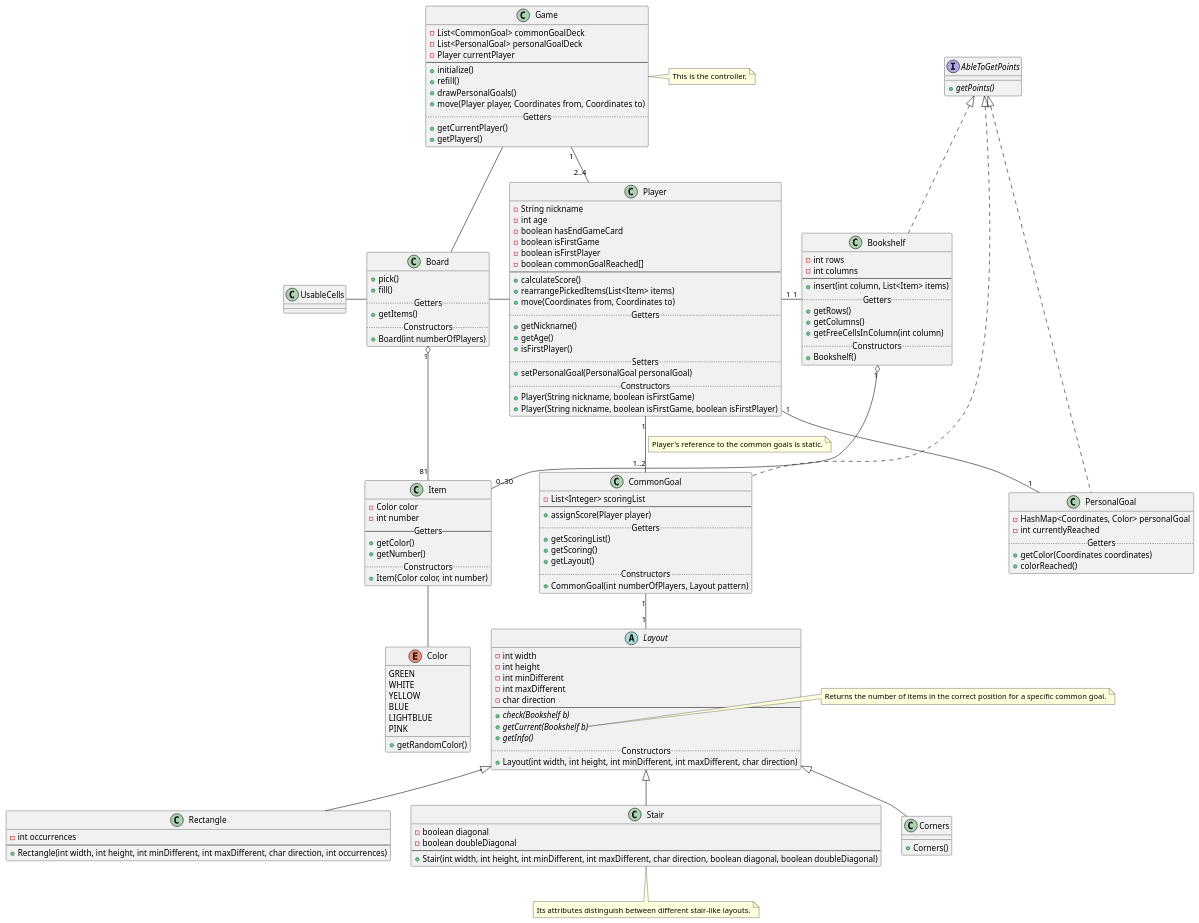
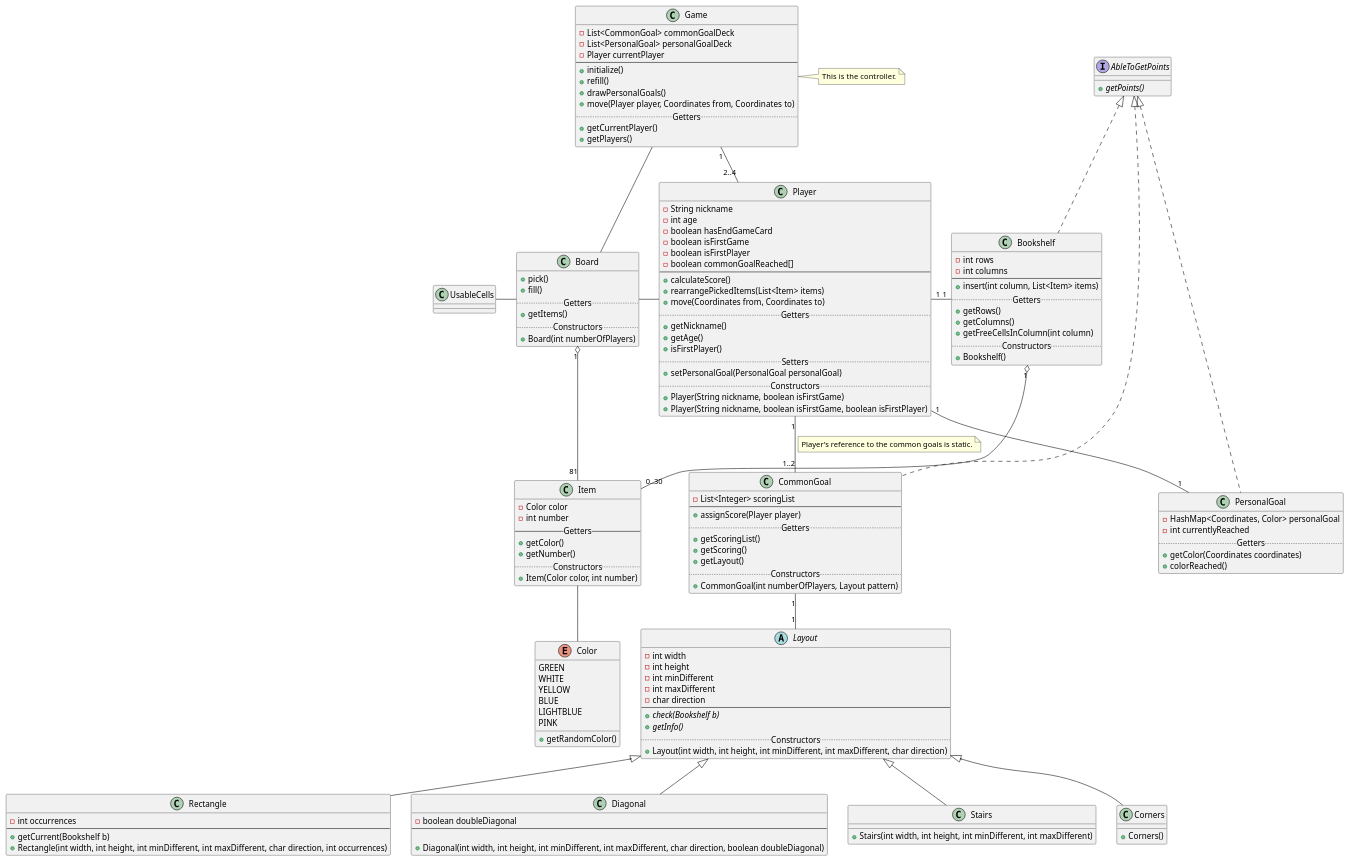
The diagram in docs/Initial class diagram.puml (dltmtt/IS23-AM13), drawn with PlantUML before and after one commit. The commit also changed 7 other files, not shown here.

First line of the commit message:
updated uml, introduced and implemented diagonal

```diff
--- a/docs/Initial class diagram.puml
+++ b/docs/Initial class diagram.puml
@@ -1,168 +1,171 @@
 @startuml
 'https://plantuml.com/class-diagram
 'https://plantuml.com/commons
 
 Game -- Board
 Game "1" -- "2..4" Player
 Board - Player
 Board -left UsableCells
 Player "1" - "1" Bookshelf
 Player "1" -- "1" PersonalGoal
 Player "1" -- "1..2" CommonGoal
 note on link
     Player's reference to the common goals is static.
 end note
 CommonGoal "1" -- "1" Layout
 Item -- Color
 Board "1" o-- "81" Item
 Bookshelf "1" o-- "0..30" Item
 
 class Game {
     -List<CommonGoal> commonGoalDeck
     -List<PersonalGoal> personalGoalDeck
     -Player currentPlayer
     ----
     +initialize()
     +refill()
     +drawPersonalGoals()
     +move(Player player, Coordinates from, Coordinates to)
     .. Getters ..
     +getCurrentPlayer()
     +getPlayers()
 }
 
 note right : This is the controller.
 
 class Item {
     -Color color
     -int number
     -- Getters --
     +getColor()
     +getNumber()
     .. Constructors ..
     +Item(Color color, int number)
 }
 
 class Player {
     -String nickname
     -int age
     -boolean hasEndGameCard
     -boolean isFirstGame
     -boolean isFirstPlayer
     -boolean commonGoalReached[]
     ----
     +calculateScore()
     +rearrangePickedItems(List<Item> items)
     +move(Coordinates from, Coordinates to)
     .. Getters ..
     +getNickname()
     +getAge()
     +isFirstPlayer()
     .. Setters ..
     +setPersonalGoal(PersonalGoal personalGoal)
     .. Constructors ..
     +Player(String nickname, boolean isFirstGame)
     +Player(String nickname, boolean isFirstGame, boolean isFirstPlayer)
 }
 
 class Board {
     +pick()
     +fill()
     .. Getters ..
     +getItems()
     .. Constructors ..
     +Board(int numberOfPlayers)
 }
 
 interface AbleToGetPoints {
     +{abstract} getPoints()
 }
 
 class PersonalGoal implements AbleToGetPoints {
     -HashMap<Coordinates, Color> personalGoal
     -int currentlyReached
     .. Getters ..
     +getColor(Coordinates coordinates)
     +colorReached()
 }
 
 note left of PersonalGoal::reached
     It indicates the number of cells filled with the "right color"
 end note
 
 note right of PersonalGoal::goal
     The goal's configuration.
 end note
 
 class CommonGoal implements AbleToGetPoints {
     -List<Integer> scoringList
     ----
     +assignScore(Player player)
     .. Getters ..
     +getScoringList()
     +getScoring()
     +getLayout()
     .. Constructors ..
     +CommonGoal(int numberOfPlayers, Layout pattern)
 }
 
 enum Color {
     GREEN
     WHITE
     YELLOW
     BLUE
     LIGHTBLUE
     PINK
     +getRandomColor()
 }
 
 class Bookshelf implements AbleToGetPoints {
     -int rows
     -int columns
     ----
     +insert(int column, List<Item> items)
     .. Getters ..
     +getRows()
     +getColumns()
     +getFreeCellsInColumn(int column)
     .. Constructors ..
     +Bookshelf()
 }
 
 abstract Layout {
     -int width
     -int height
     -int minDifferent
     -int maxDifferent
     -char direction
     ----
     +{abstract} check(Bookshelf b)
-    +{abstract} getCurrent(Bookshelf b)
     +{abstract} getInfo()
     .. Constructors ..
     +Layout(int width, int height, int minDifferent, int maxDifferent, char direction)
 }
 
 note right of Layout::getCurrent
     Returns the number of items in the correct position for a specific common goal.
 end note
 
 class Rectangle extends Layout {
     -int occurrences
     ---
+    +getCurrent(Bookshelf b)
     +Rectangle(int width, int height, int minDifferent, int maxDifferent, char direction, int occurrences)
 }
 
-class Stair extends Layout {
-    -boolean diagonal
+class Diagonal extends Layout {
     -boolean doubleDiagonal
     ----
-    +Stair(int width, int height, int minDifferent, int maxDifferent, char direction, boolean diagonal, boolean doubleDiagonal)
+
+    +Diagonal(int width, int height, int minDifferent, int maxDifferent, char direction, boolean doubleDiagonal)
 }
 
-note bottom : Its attributes distinguish between different stair-like layouts.
+class Stairs extends Layout {
+
+    +Stairs(int width, int height, int minDifferent, int maxDifferent)
+}
 
 class Corners extends Layout {
     +Corners()
 }
 @enduml
```
